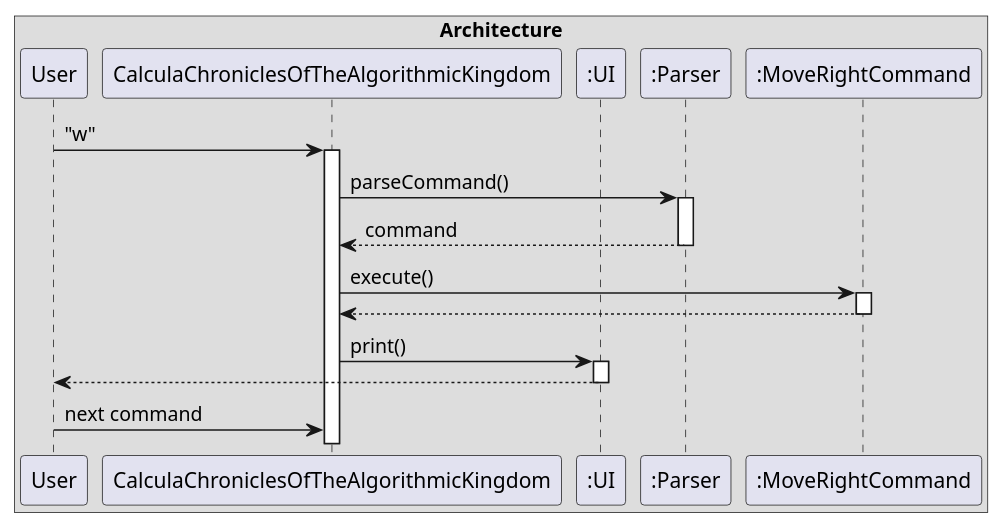
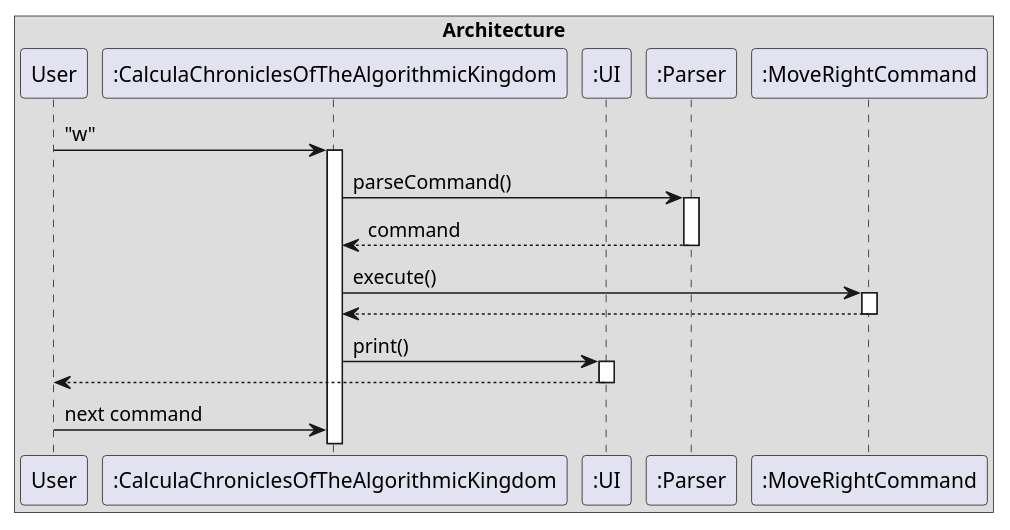
The diagram in docs/diagrams/Architecture.puml (aaravrawal52/tp), drawn with PlantUML before and after one commit. The commit also changed 1 other file, not shown here.

Commit message:
Fix architecture image

```diff
--- a/docs/diagrams/Architecture.puml
+++ b/docs/diagrams/Architecture.puml
@@ -1,26 +1,26 @@
 @startuml
 box Architecture
 participant "User" as user
-participant "CalculaChroniclesOfTheAlgorithmicKingdom" as main
+participant ":CalculaChroniclesOfTheAlgorithmicKingdom" as main
 participant ":UI" as ui
 participant ":Parser" as parser
 participant ":MoveRightCommand" as command
 
 user -> main : "w"
 activate main
 main -> parser : parseCommand()
 activate parser
 parser --> main : command
 deactivate parser
 main -> command : execute()
 activate command
 command --> main
 deactivate command
 main -> ui : print()
 activate ui
 ui --> user
 deactivate ui
 user -> main : next command
 
 end box
 @enduml
```
